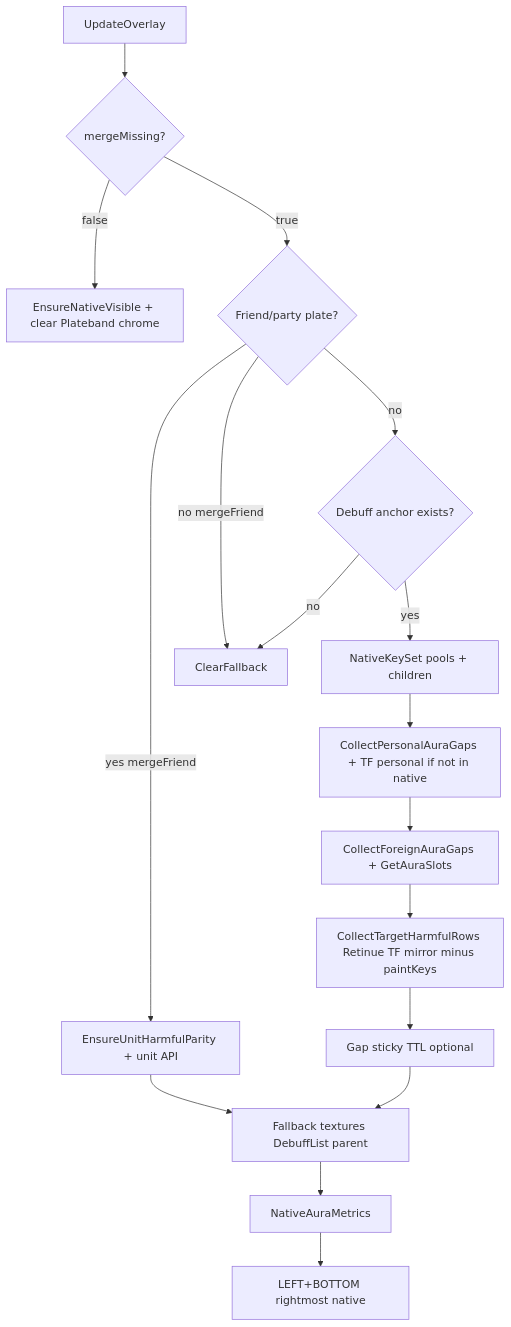
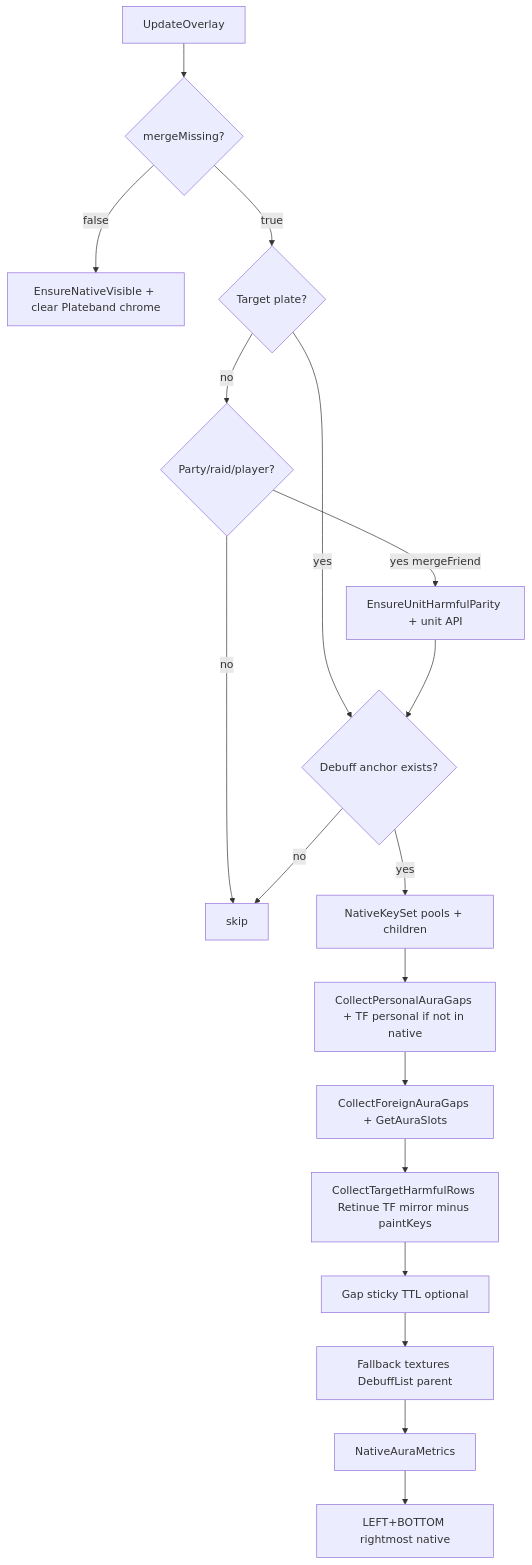
One commit to sirTurbisCZ/wow-forever-addons changed the diagram in addons/Plateband/Docs/merge-design.md. Above: the diagram before and after it, drawn with Mermaid. The commit also changed other lines of this file and 5 other files, not shown here.

First line of the commit message:
fix(Plateband): throttle paint scope to target + party (0.2.30)

````diff
--- a/addons/Plateband/Docs/merge-design.md
+++ b/addons/Plateband/Docs/merge-design.md
@@ -22,19 +22,20 @@
 ```mermaid
 flowchart TD
   tick[UpdateOverlay] --> gate{mergeMissing?}
   gate -->|false| nativeOnly[EnsureNativeVisible + clear Plateband chrome]
-  gate -->|true| friend{Friend/party plate?}
-  friend -->|yes mergeFriend| unitParity[EnsureUnitHarmfulParity + unit API]
-  friend -->|no mergeFriend| skip[ClearFallback]
-  unitParity --> paint
-  friend -->|no| row{Debuff anchor exists?}
+  gate -->|true| tgt{Target plate?}
+  tgt -->|yes| row
+  tgt -->|no| party{Party/raid/player?}
+  party -->|yes mergeFriend| unitParity[EnsureUnitHarmfulParity + unit API]
+  party -->|no| skip
+  unitParity --> row{Debuff anchor exists?}
   row -->|no| skip
   row -->|yes| native[NativeKeySet pools + children]
   native --> per[CollectPersonalAuraGaps + TF personal if not in native]
   per --> api[CollectForeignAuraGaps + GetAuraSlots]
   api --> tf[CollectTargetHarmfulRows Retinue TF mirror minus paintKeys]
   tf --> sticky[Gap sticky TTL optional]
   sticky --> paint[Fallback textures DebuffList parent]
   paint --> metrics[NativeAuraMetrics]
   metrics --> layout[LEFT+BOTTOM rightmost native]
 ```
````
